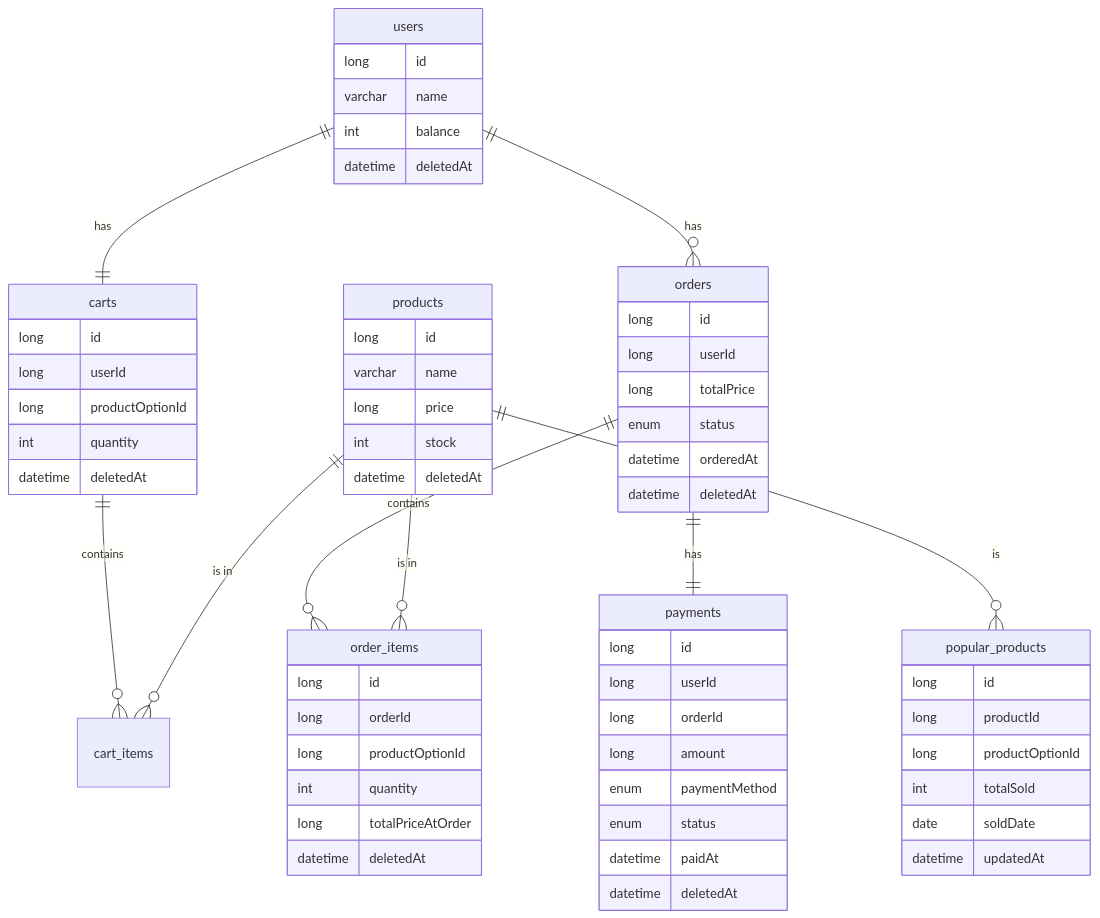
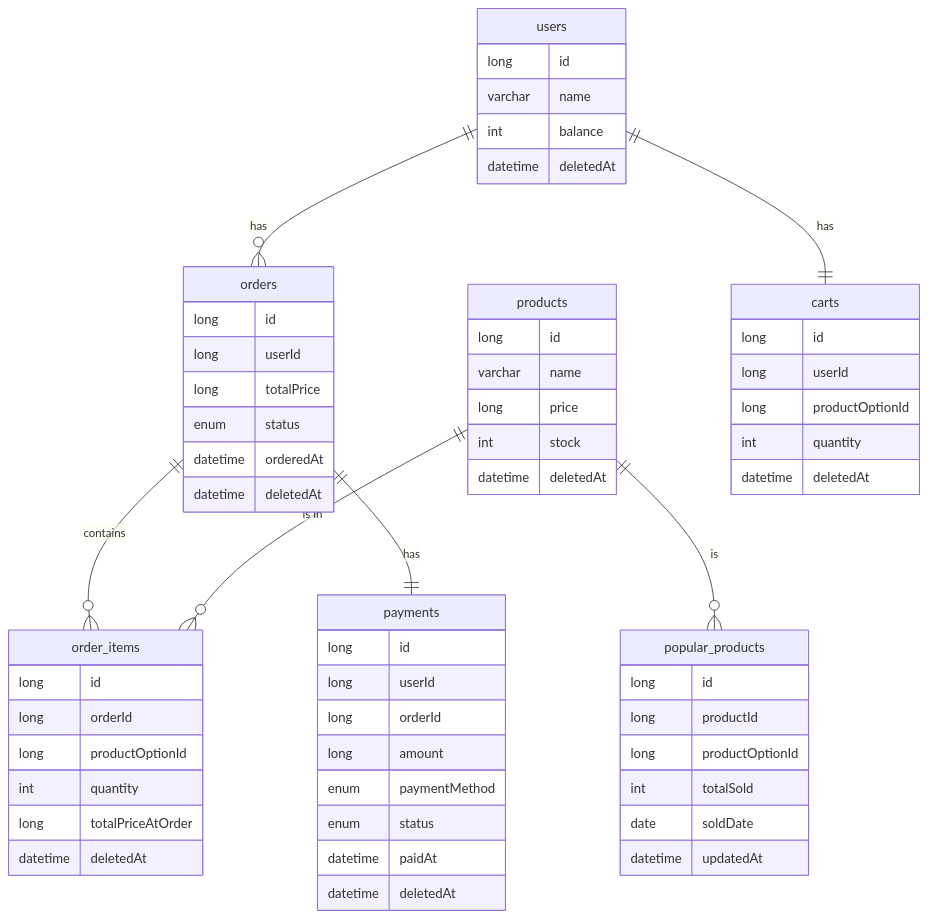
One commit to saint6839/hh-e-commerce changed diagram 11 of 11 in README.md. Above: the diagram before and after it, drawn with Mermaid.

Commit message:
docs: erd cart_items 테이블 제거

````diff
--- a/README.md
+++ b/README.md
@@ -186,72 +186,71 @@
 ```mermaid
 erDiagram
   users {
     long id
     varchar name
     int balance
     datetime deletedAt
   }
 
   products {
     long id
     varchar name
     long price
     int stock
     datetime deletedAt
   }
 
   orders {
     long id
     long userId
     long totalPrice
     enum status
     datetime orderedAt
     datetime deletedAt
   }
 
   order_items {
     long id
     long orderId
     long productOptionId
     int quantity
     long totalPriceAtOrder
     datetime deletedAt
   }
 
   payments {
     long id
     long userId
     long orderId
     long amount
     enum paymentMethod
     enum status
     datetime paidAt
     datetime deletedAt
   }
 
   carts {
     long id
     long userId
     long productOptionId
     int quantity
     datetime deletedAt
   }
 
   popular_products {
     long id
     long productId
     long productOptionId
     int totalSold
     date soldDate
     datetime updatedAt
   }
 
   users ||--|| carts : "has"
   users ||--o{ orders : "has"
   orders ||--o{ order_items : "contains"
   products ||--o{ order_items : "is in"
-  carts ||--o{ cart_items : "contains"
-  products ||--o{ cart_items : "is in"
+
   products ||--o{ popular_products : "is"
   orders ||--|| payments : "has"
 ```
````
